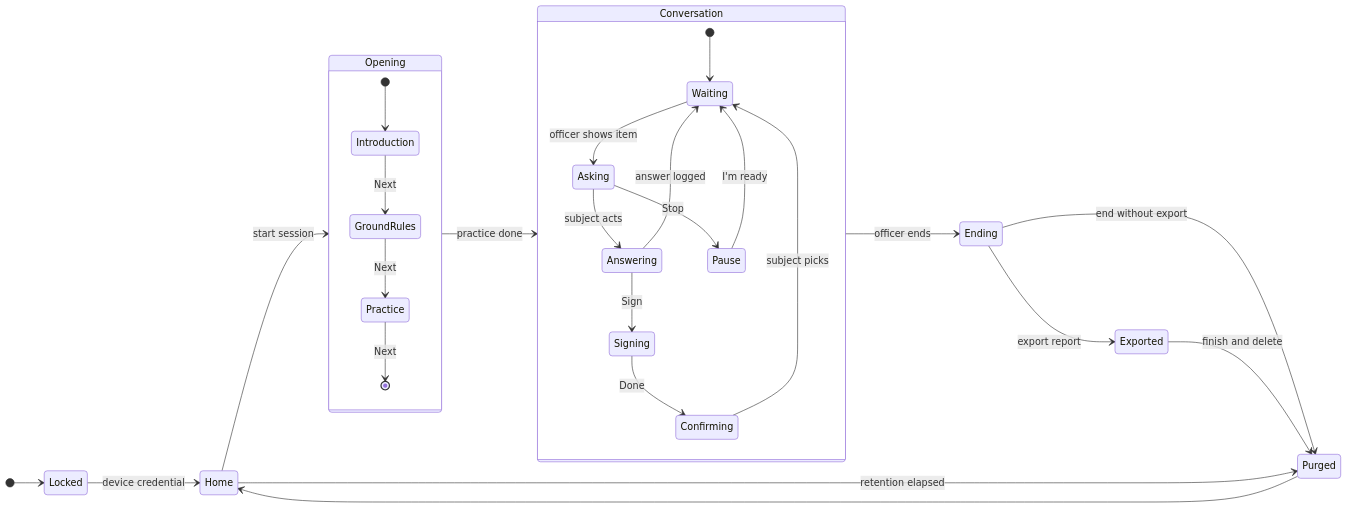
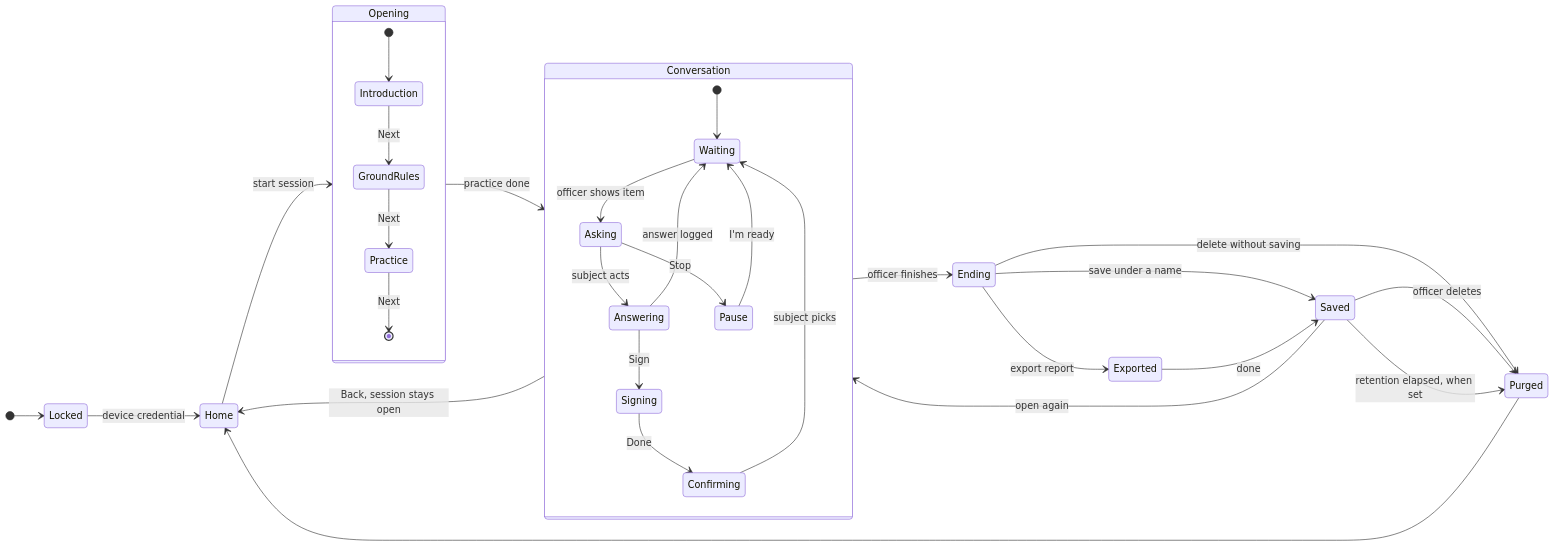
Diagram 12 of 17 in docs/README.md (Yash-Awasthi/sign-setu), drawn with Mermaid before and after one commit. The commit also changed other lines of this file and 135 other files, not shown here.

````diff
--- a/docs/README.md
+++ b/docs/README.md
@@ -785,31 +773,35 @@
 ```mermaid
 stateDiagram-v2
-  direction LR
-  [*] --> Locked
-  Locked --> Home: device credential
-  Home --> Opening: start session
-  state Opening {
-    [*] --> Introduction
-    Introduction --> GroundRules: Next
-    GroundRules --> Practice: Next
-    Practice --> [*]: Next
-  }
-  Opening --> Conversation: practice done
-  state Conversation {
-    [*] --> Waiting
-    Waiting --> Asking: officer shows item
-    Asking --> Answering: subject acts
-    Answering --> Signing: Sign
-    Signing --> Confirming: Done
-    Confirming --> Waiting: subject picks
-    Answering --> Waiting: answer logged
-    Asking --> Pause: Stop
-    Pause --> Waiting: I'm ready
-  }
-  Conversation --> Ending: officer ends
-  Ending --> Exported: export report
-  Ending --> Purged: end without export
-  Exported --> Purged: finish and delete
-  Purged --> Home
-  Home --> Purged: retention elapsed
+ direction LR
+ [*] --> Locked
+ Locked --> Home: device credential
+ Home --> Opening: start session
+ state Opening {
+ [*] --> Introduction
+ Introduction --> GroundRules: Next
+ GroundRules --> Practice: Next
+ Practice --> [*]: Next
+ }
+ Opening --> Conversation: practice done
+ state Conversation {
+ [*] --> Waiting
+ Waiting --> Asking: officer shows item
+ Asking --> Answering: subject acts
+ Answering --> Signing: Sign
+ Signing --> Confirming: Done
+ Confirming --> Waiting: subject picks
+ Answering --> Waiting: answer logged
+ Asking --> Pause: Stop
+ Pause --> Waiting: I'm ready
+ }
+ Conversation --> Home: Back, session stays open
+ Conversation --> Ending: officer finishes
+ Ending --> Saved: save under a name
+ Ending --> Exported: export report
+ Exported --> Saved: done
+ Ending --> Purged: delete without saving
+ Saved --> Conversation: open again
+ Saved --> Purged: officer deletes
+ Saved --> Purged: retention elapsed, when set
+ Purged --> Home
 ```
````
